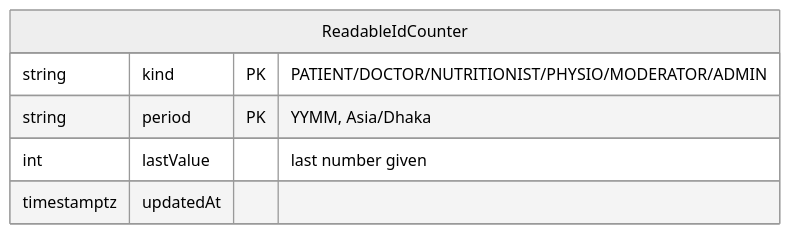
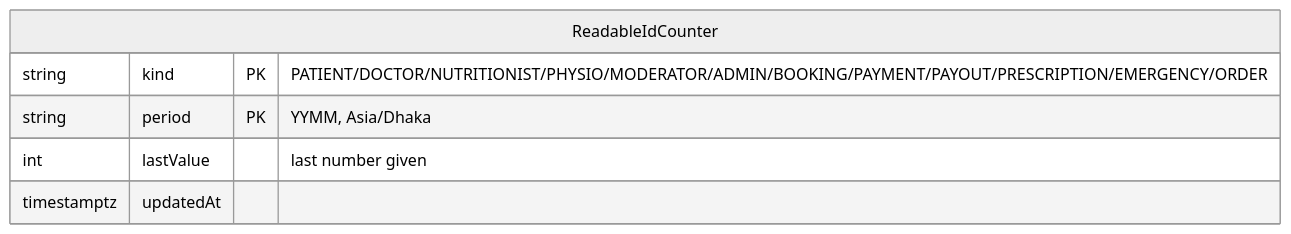
One commit to alamin00006/daily-health changed diagram 16 of 16 in erd.md. Above: the diagram before and after it, drawn with Mermaid (neutral theme). The commit also changed other lines of this file and 267 other files, not shown here.

````diff
--- a/erd.md
+++ b/erd.md
@@ -1154,9 +1596,9 @@
 ```mermaid
 erDiagram
 ReadableIdCounter {
-  string kind PK "PATIENT/DOCTOR/NUTRITIONIST/PHYSIO/MODERATOR/ADMIN"
+  string kind PK "PATIENT/DOCTOR/NUTRITIONIST/PHYSIO/MODERATOR/ADMIN/BOOKING/PAYMENT/PAYOUT/PRESCRIPTION/EMERGENCY/ORDER"
   string period PK "YYMM, Asia/Dhaka"
   int lastValue "last number given"
   timestamptz updatedAt
 }
 ```
````
